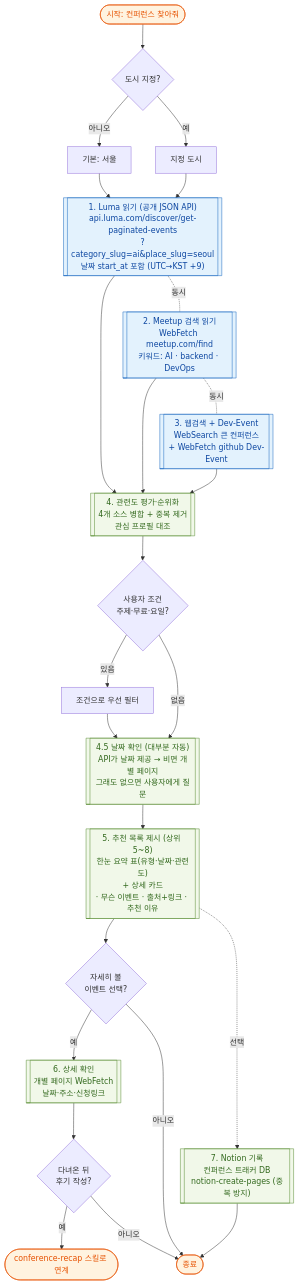
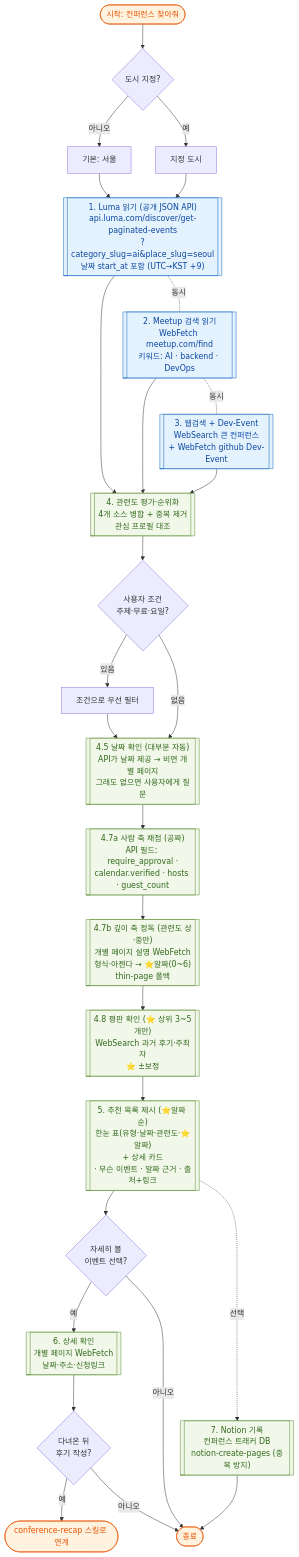
Before and after one commit to siontext/zion_market: the diagram in plugins/conference-finder/skills/conference-finder/FLOW.md, drawn with Mermaid. The commit also changed 3 other files, not shown here.

````diff
--- a/plugins/conference-finder/skills/conference-finder/FLOW.md
+++ b/plugins/conference-finder/skills/conference-finder/FLOW.md
@@ -1,38 +1,42 @@
 ```mermaid
 flowchart TD
     A([시작: 컨퍼런스 찾아줘]) --> B{도시 지정?}
     B -- 아니오 --> C[기본: 서울]
     B -- 예 --> C2[지정 도시]
     C --> D
     C2 --> D
 
     D[["1. Luma 읽기 (공개 JSON API)<br/>api.luma.com/discover/get-paginated-events<br/>?category_slug=ai&place_slug=seoul<br/>날짜 start_at 포함 (UTC→KST +9)"]] --> F
     E[["2. Meetup 검색 읽기<br/>WebFetch meetup.com/find<br/>키워드: AI · backend · DevOps"]] --> F
     W[["3. 웹검색 + Dev-Event<br/>WebSearch 큰 컨퍼런스<br/>+ WebFetch github Dev-Event"]] --> F
     D -.동시.- E
     E -.동시.- W
 
     F[["4. 관련도 평가·순위화<br/>4개 소스 병합 + 중복 제거<br/>관심 프로필 대조"]] --> G{"사용자 조건<br/>주제·무료·요일?"}
     G -- 있음 --> H[조건으로 우선 필터]
     G -- 없음 --> J
     H --> J
 
-    J[["4.5 날짜 확인 (대부분 자동)<br/>API가 날짜 제공 → 비면 개별 페이지<br/>그래도 없으면 사용자에게 질문"]] --> K
+    J[["4.5 날짜 확인 (대부분 자동)<br/>API가 날짜 제공 → 비면 개별 페이지<br/>그래도 없으면 사용자에게 질문"]] --> S1
 
-    K[["5. 추천 목록 제시 (상위 5~8)<br/>한눈 요약 표(유형·날짜·관련도)<br/>+ 상세 카드<br/>· 무슨 이벤트 · 출처+링크 · 추천 이유"]] --> L{자세히 볼<br/>이벤트 선택?}
+    S1[["4.7a 사람 축 채점 (공짜)<br/>API 필드: require_approval ·<br/>calendar.verified · hosts · guest_count"]] --> S2
+    S2[["4.7b 깊이 축 정독 (관련도 상·중만)<br/>개별 페이지 설명 WebFetch<br/>형식·아젠다 → ⭐알짜(0~6)<br/>thin-page 폴백"]] --> S3
+    S3[["4.8 평판 확인 (⭐ 상위 3~5개만)<br/>WebSearch 과거 후기·주최자<br/>⭐ ±보정"]] --> K
+
+    K[["5. 추천 목록 제시 (⭐알짜 순)<br/>한눈 표(유형·날짜·관련도·⭐알짜)<br/>+ 상세 카드<br/>· 무슨 이벤트 · 알짜 근거 · 출처+링크"]] --> L{자세히 볼<br/>이벤트 선택?}
     K -.선택.-> R[["7. Notion 기록<br/>컨퍼런스 트래커 DB<br/>notion-create-pages (중복 방지)"]]
     R --> N
 
     L -- 예 --> M[["6. 상세 확인<br/>개별 페이지 WebFetch<br/>날짜·주소·신청링크"]]
     L -- 아니오 --> N([종료])
     M --> O{다녀온 뒤<br/>후기 작성?}
     O -- 예 --> P([conference-recap 스킬로 연계])
     O -- 아니오 --> N
 
     classDef src fill:#e3f2fd,stroke:#1565c0,color:#0d47a1;
     classDef step fill:#f1f8e9,stroke:#558b2f,color:#33691e;
     classDef done fill:#fff3e0,stroke:#e65100,color:#e65100;
     class D,E,W src;
-    class F,J,K,M,R step;
+    class F,J,S1,S2,S3,K,M,R step;
     class A,N,P done;
 ```
````
